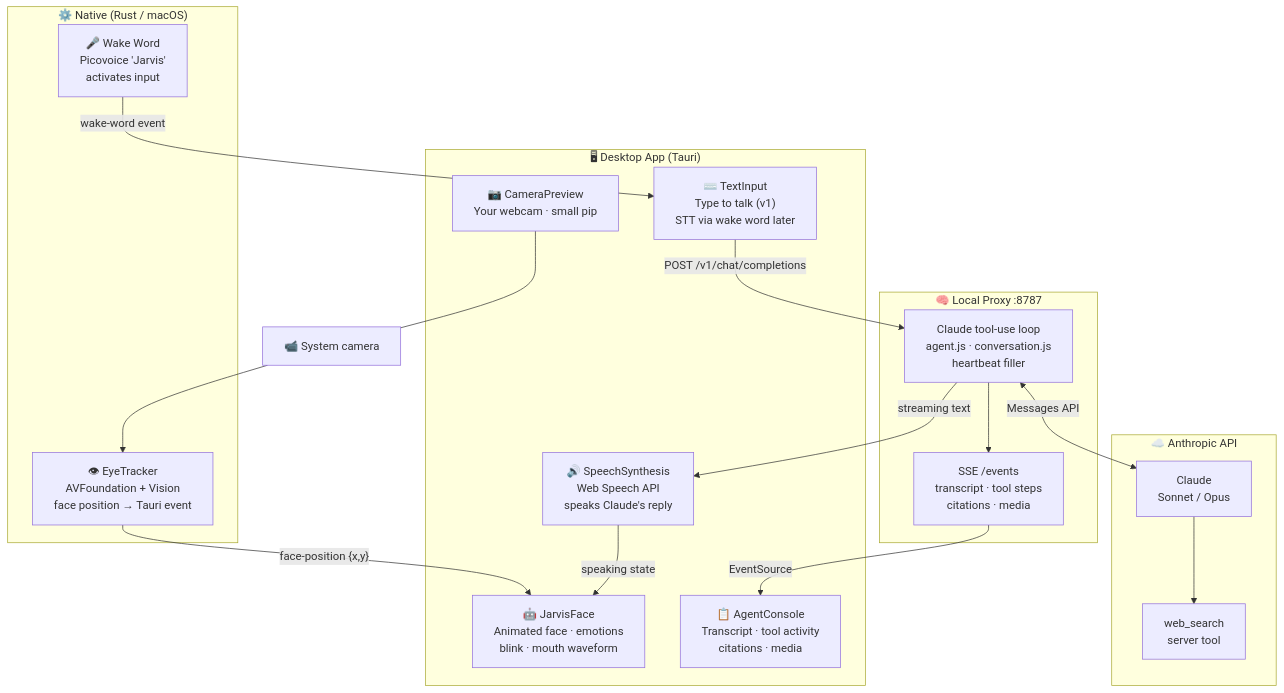
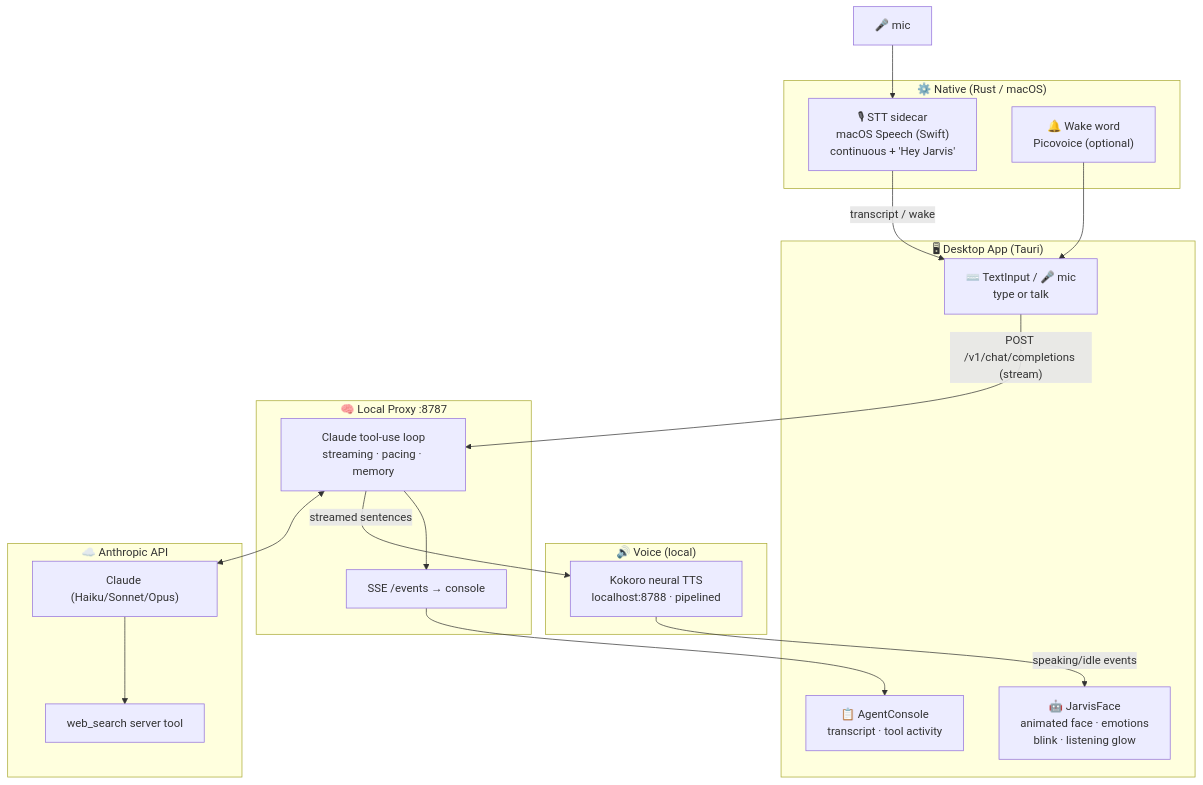
Before and after one commit to harrydaihaolin/Jarvis: the diagram in README.md, drawn with Mermaid. The commit also changed other lines of this file and 1 other file, not shown here.

First line of the commit message:
Docs: rewrite README for the current (post-Tavus) app + M1 quickstart

````diff
--- a/README.md
+++ b/README.md
@@ -8,37 +8,37 @@
 ```mermaid
 flowchart TD
     subgraph Desktop["🖥 Desktop App (Tauri)"]
-        Face["🤖 JarvisFace\nAnimated face · emotions\nblink · mouth waveform"]
-        Input["⌨️ TextInput\nType to talk (v1)\nSTT via wake word later"]
-        Preview["📷 CameraPreview\nYour webcam · small pip"]
-        Console["📋 AgentConsole\nTranscript · tool activity\ncitations · media"]
-        TTS["🔊 SpeechSynthesis\nWeb Speech API\nspeaks Claude's reply"]
+        Face["🤖 JarvisFace\nanimated face · emotions\nblink · listening glow"]
+        Input["⌨️ TextInput / 🎤 mic\ntype or talk"]
+        Console["📋 AgentConsole\ntranscript · tool activity"]
     end
 
     subgraph Native["⚙️ Native (Rust / macOS)"]
-        EyeTrack["👁 EyeTracker\nAVFoundation + Vision\nface position → Tauri event"]
-        WakeWord["🎤 Wake Word\nPicovoice 'Jarvis'\nactivates input"]
+        STT["🎙 STT sidecar\nmacOS Speech (Swift)\ncontinuous + 'Hey Jarvis'"]
+        WakeWord["🔔 Wake word\nPicovoice (optional)"]
+    end
+
+    subgraph Voice["🔊 Voice (local)"]
+        TTS["Kokoro neural TTS\nlocalhost:8788 · pipelined"]
     end
 
     subgraph Proxy["🧠 Local Proxy  :8787"]
-        Agent["Claude tool-use loop\nagent.js · conversation.js\nheartbeat filler"]
-        SSE["SSE /events\ntranscript · tool steps\ncitations · media"]
+        Agent["Claude tool-use loop\nstreaming · pacing · memory"]
+        SSE["SSE /events → console"]
     end
 
     subgraph Claude["☁️ Anthropic API"]
-        LLM["Claude\nSonnet / Opus"]
-        Search["web_search\nserver tool"]
+        LLM["Claude (Haiku/Sonnet/Opus)"]
+        Search["web_search server tool"]
     end
 
-    Camera["📹 System camera"] --> EyeTrack
-    EyeTrack -->|"face-position {x,y}"| Face
-    WakeWord -->|"wake-word event"| Input
-    Input -->|"POST /v1/chat/completions"| Agent
-    Agent <-->|"Messages API"| LLM
+    Mic["🎤 mic"] --> STT
+    STT -->|"transcript / wake"| Input
+    WakeWord --> Input
+    Input -->|"POST /v1/chat/completions (stream)"| Agent
+    Agent <--> LLM
     LLM --> Search
-    Agent -->|"streaming text"| TTS
-    TTS -->|"speaking state"| Face
-    Agent --> SSE
-    SSE -->|"EventSource"| Console
-    Preview --- Camera
+    Agent -->|"streamed sentences"| TTS
+    TTS -->|"speaking/idle events"| Face
+    Agent --> SSE --> Console
 ```
````
